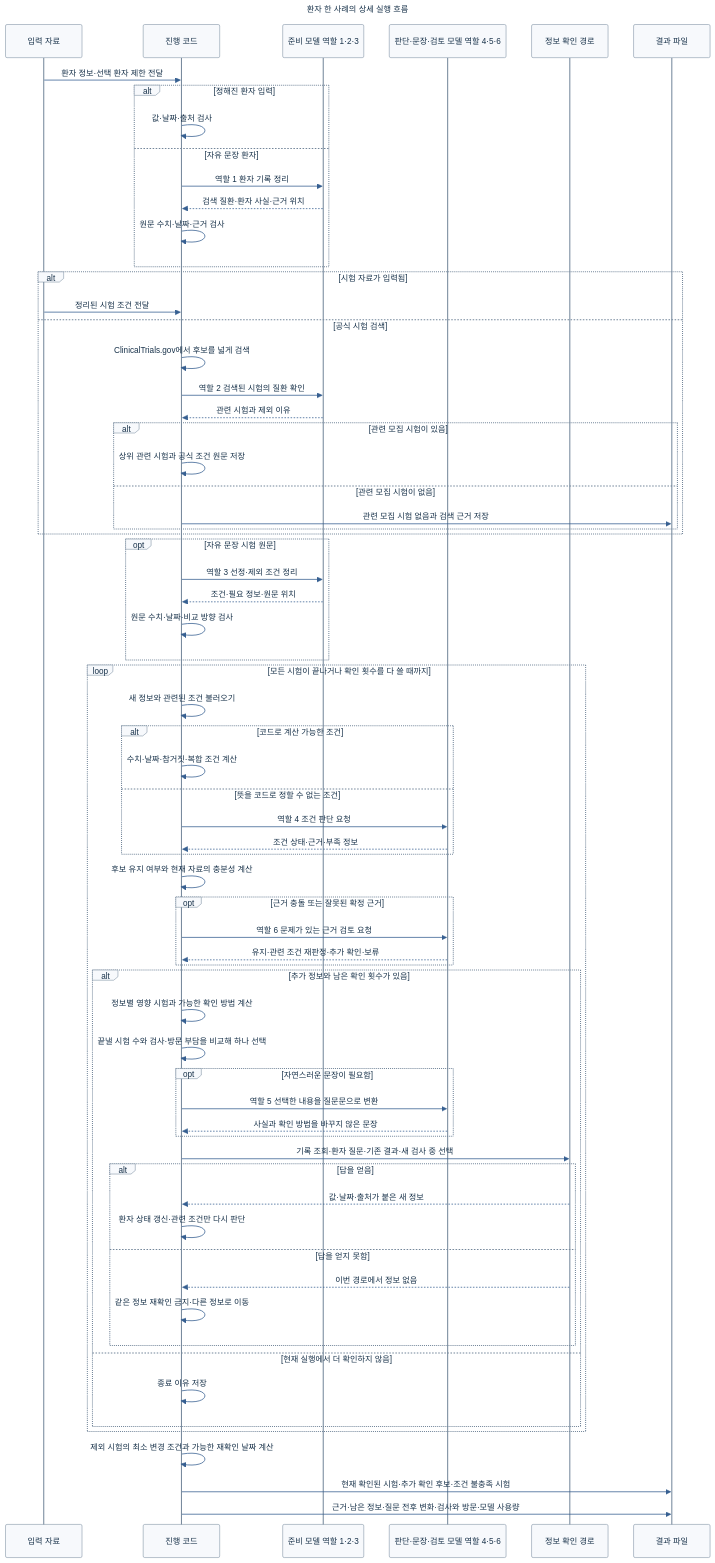
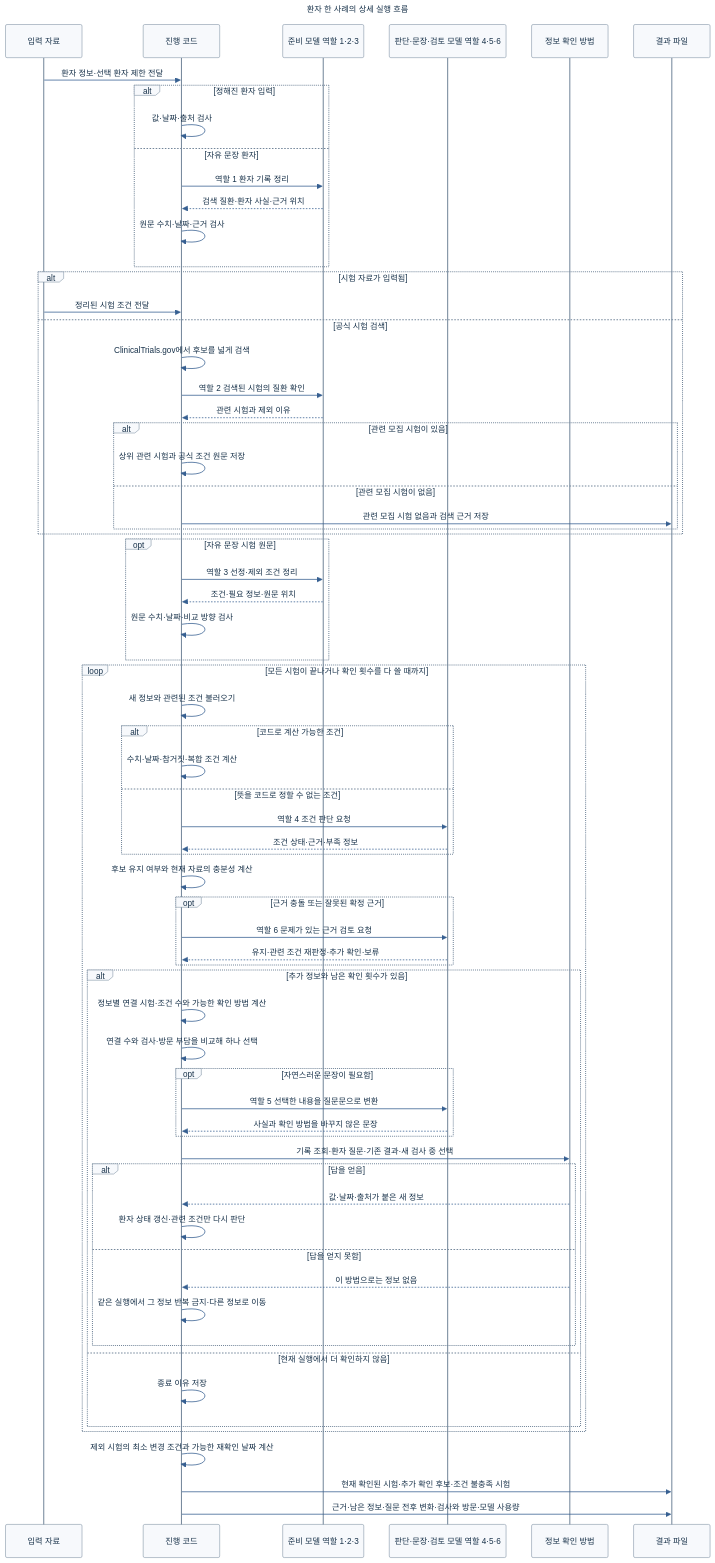
The diagram in docs/internal/diagrams/clarifytrial-detailed-workflow.mmd (health-agent/Clarifytrial), drawn with Mermaid before and after one commit. The commit also changed 132 other files, not shown here.

```diff
--- a/docs/internal/diagrams/clarifytrial-detailed-workflow.mmd
+++ b/docs/internal/diagrams/clarifytrial-detailed-workflow.mmd
@@ -1,95 +1,95 @@
 ---
 title: 환자 한 사례의 상세 실행 흐름
 config:
   theme: base
   themeVariables:
     background: '#ffffff'
     primaryTextColor: '#18324a'
     lineColor: '#73869a'
     signalColor: '#365f91'
     signalTextColor: '#18324a'
     actorBkg: '#f7f9fc'
     actorBorder: '#73869a'
     actorTextColor: '#18324a'
     noteBkgColor: '#edf4ff'
     noteBorderColor: '#365f91'
     noteTextColor: '#18324a'
     activationBkgColor: '#edf4ff'
     activationBorderColor: '#365f91'
     fontFamily: 'Pretendard, Noto Sans KR, Malgun Gothic, sans-serif'
 ---
 sequenceDiagram
     participant I as 입력 자료
     participant C as 진행 코드
     participant P as 준비 모델 역할 1·2·3
     participant M as 판단·문장·검토 모델 역할 4·5·6
-    participant E as 정보 확인 경로
+    participant E as 정보 확인 방법
     participant O as 결과 파일
 
     I->>C: 환자 정보·선택 환자 제한 전달
     alt 정해진 환자 입력
         C->>C: 값·날짜·출처 검사
     else 자유 문장 환자
         C->>P: 역할 1 환자 기록 정리
         P-->>C: 검색 질환·환자 사실·근거 위치
         C->>C: 원문 수치·날짜·근거 검사
     end
 
     alt 시험 자료가 입력됨
         I->>C: 정리된 시험 조건 전달
     else 공식 시험 검색
         C->>C: ClinicalTrials.gov에서 후보를 넓게 검색
         C->>P: 역할 2 검색된 시험의 질환 확인
         P-->>C: 관련 시험과 제외 이유
         alt 관련 모집 시험이 있음
             C->>C: 상위 관련 시험과 공식 조건 원문 저장
         else 관련 모집 시험이 없음
             C->>O: 관련 모집 시험 없음과 검색 근거 저장
         end
     end
 
     opt 자유 문장 시험 원문
         C->>P: 역할 3 선정·제외 조건 정리
         P-->>C: 조건·필요 정보·원문 위치
         C->>C: 원문 수치·날짜·비교 방향 검사
     end
 
     loop 모든 시험이 끝나거나 확인 횟수를 다 쓸 때까지
         C->>C: 새 정보와 관련된 조건 불러오기
         alt 코드로 계산 가능한 조건
             C->>C: 수치·날짜·참거짓·복합 조건 계산
         else 뜻을 코드로 정할 수 없는 조건
             C->>M: 역할 4 조건 판단 요청
             M-->>C: 조건 상태·근거·부족 정보
         end
 
         C->>C: 후보 유지 여부와 현재 자료의 충분성 계산
 
         opt 근거 충돌 또는 잘못된 확정 근거
             C->>M: 역할 6 문제가 있는 근거 검토 요청
             M-->>C: 유지·관련 조건 재판정·추가 확인·보류
         end
 
         alt 추가 정보와 남은 확인 횟수가 있음
-            C->>C: 정보별 영향 시험과 가능한 확인 방법 계산
-            C->>C: 끝낼 시험 수와 검사·방문 부담을 비교해 하나 선택
+            C->>C: 정보별 연결 시험·조건 수와 가능한 확인 방법 계산
+            C->>C: 연결 수와 검사·방문 부담을 비교해 하나 선택
             opt 자연스러운 문장이 필요함
                 C->>M: 역할 5 선택한 내용을 질문문으로 변환
                 M-->>C: 사실과 확인 방법을 바꾸지 않은 문장
             end
             C->>E: 기록 조회·환자 질문·기존 결과·새 검사 중 선택
             alt 답을 얻음
                 E-->>C: 값·날짜·출처가 붙은 새 정보
                 C->>C: 환자 상태 갱신·관련 조건만 다시 판단
             else 답을 얻지 못함
-                E-->>C: 이번 경로에서 정보 없음
-                C->>C: 같은 정보 재확인 금지·다른 정보로 이동
+                E-->>C: 이 방법으로는 정보 없음
+                C->>C: 같은 실행에서 그 정보 반복 금지·다른 정보로 이동
             end
         else 현재 실행에서 더 확인하지 않음
             C->>C: 종료 이유 저장
         end
     end
 
     C->>C: 제외 시험의 최소 변경 조건과 가능한 재확인 날짜 계산
     C->>O: 현재 확인된 시험·추가 확인 후보·조건 불충족 시험
     C->>O: 근거·남은 정보·질문 전후 변화·검사와 방문·모델 사용량
```
